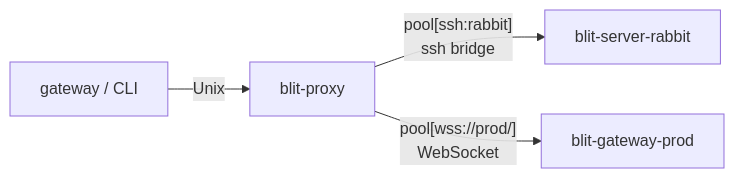
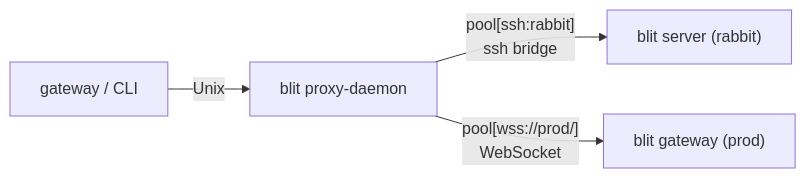
The eighth of 9 diagrams in docs/transports.md (indent-com/blit), drawn with Mermaid before and after one commit. The commit also changed other lines of this file and 101 other files, not shown here.

````diff
--- a/docs/transports.md
+++ b/docs/transports.md
@@ -285,6 +285,6 @@
 ```mermaid
 graph LR
-    C["gateway / CLI"] -->|Unix| P["blit-proxy"]
-    P -->|"pool[ssh:rabbit]\nssh bridge"| SR["blit-server-rabbit"]
-    P -->|"pool[wss://prod/]\nWebSocket"| GW["blit-gateway-prod"]
+    C["gateway / CLI"] -->|Unix| P["blit proxy-daemon"]
+    P -->|"pool[ssh:rabbit]\nssh bridge"| SR["blit server (rabbit)"]
+    P -->|"pool[wss://prod/]\nWebSocket"| GW["blit gateway (prod)"]
 ```
````
